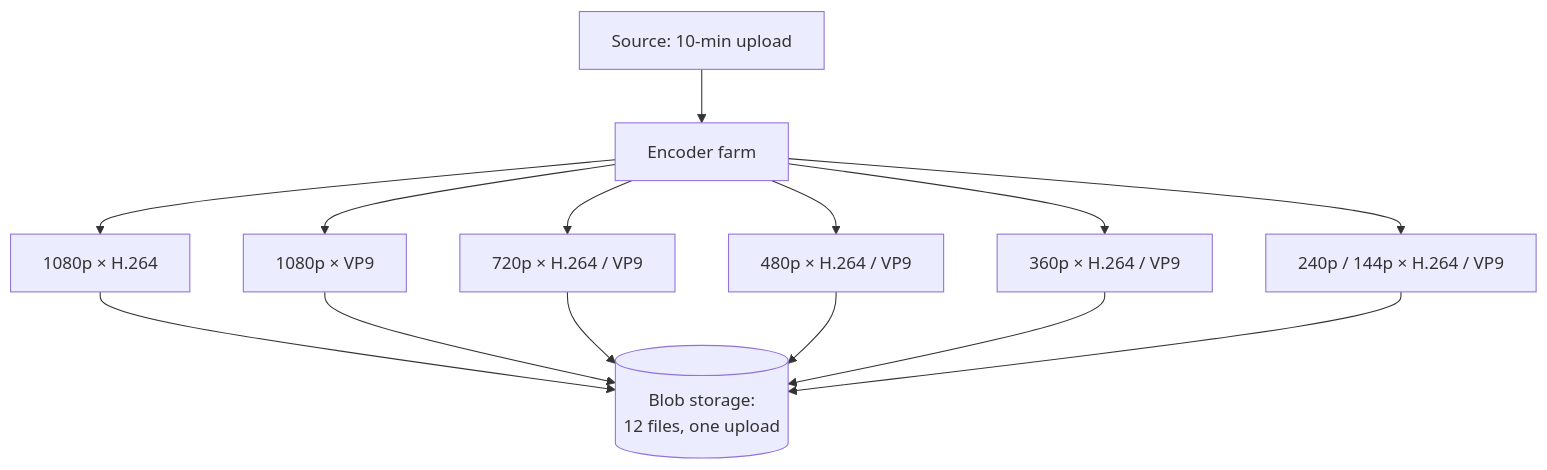
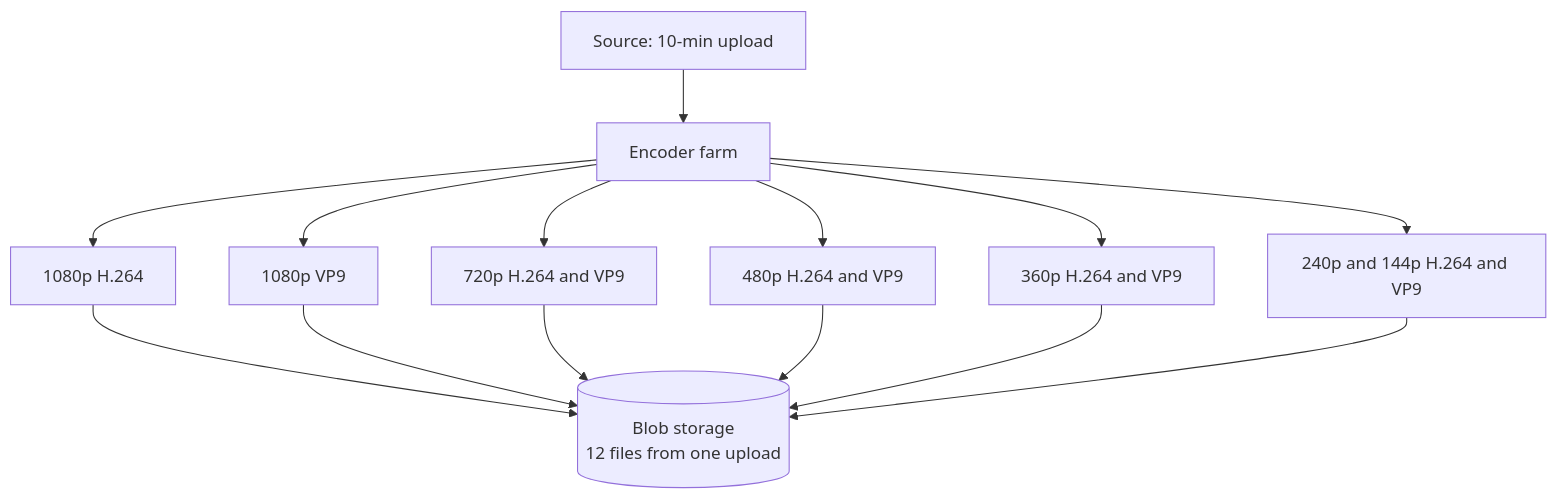
One commit to riyaz-pasha/Learnings changed the sixth of 25 diagrams in system-design/HLD/0-course/26-Design YouTube-FAANG-Guide-story.md. Above: the diagram before and after it, drawn with Mermaid. The commit also changed other lines of this file and 1 other file, not shown here.

Commit message:
docs: simplify language and clean up mermaid diagrams in YouTube design guide

````diff
--- a/system-design/HLD/0-course/26-Design YouTube-FAANG-Guide-story.md
+++ b/system-design/HLD/0-course/26-Design YouTube-FAANG-Guide-story.md
@@ -112,11 +226,26 @@
 ```mermaid
 flowchart TD
-    Src["Source: 10-min upload"] --> Enc["Encoder farm"]
-    Enc --> R1["1080p × H.264"]
-    Enc --> R2["1080p × VP9"]
-    Enc --> R3["720p × H.264 / VP9"]
-    Enc --> R4["480p × H.264 / VP9"]
-    Enc --> R5["360p × H.264 / VP9"]
-    Enc --> R6["240p / 144p × H.264 / VP9"]
-    R1 & R2 & R3 & R4 & R5 & R6 --> Store[("Blob storage:\n12 files, one upload")]
+    Src["Source: 10-min upload"]
+    Enc["Encoder farm"]
+    R1["1080p H.264"]
+    R2["1080p VP9"]
+    R3["720p H.264 and VP9"]
+    R4["480p H.264 and VP9"]
+    R5["360p H.264 and VP9"]
+    R6["240p and 144p H.264 and VP9"]
+    Store[("Blob storage\n12 files from one upload")]
+
+    Src --> Enc
+    Enc --> R1
+    Enc --> R2
+    Enc --> R3
+    Enc --> R4
+    Enc --> R5
+    Enc --> R6
+    R1 --> Store
+    R2 --> Store
+    R3 --> Store
+    R4 --> Store
+    R5 --> Store
+    R6 --> Store
 ```
````
